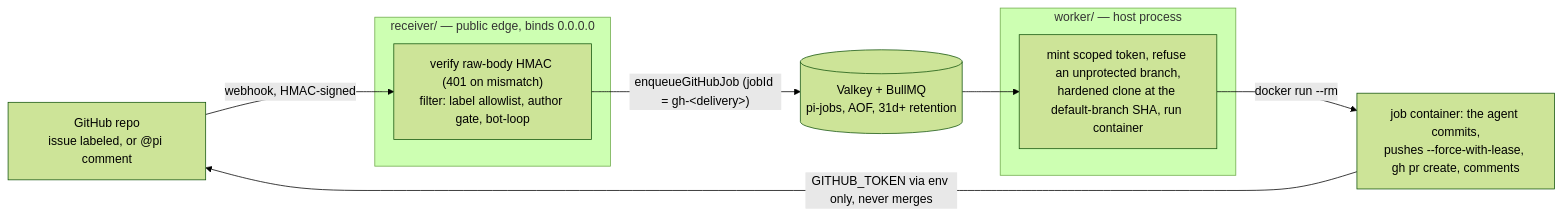
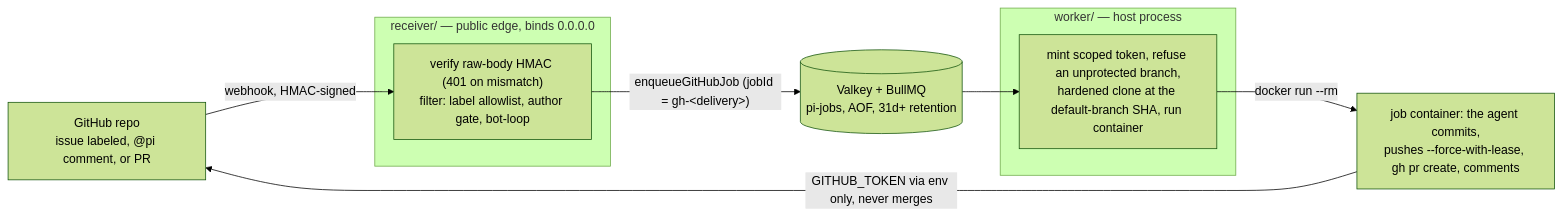
Before and after one commit to birhantprkc/pi-dispatch: the second of 3 diagrams in README.md, drawn with Mermaid (forest theme). The commit also changed other lines of this file and 2 other files, not shown here.

````diff
--- a/README.md
+++ b/README.md
@@ -255,14 +271,14 @@
 ```mermaid
 flowchart LR
-  GH["GitHub repo<br/>issue labeled, or @pi comment"] -->|"webhook, HMAC-signed"| R
+  GH["GitHub repo<br/>issue labeled, @pi comment, or PR"] -->|"webhook, HMAC-signed"| R
   subgraph EDGE["receiver/ — public edge, binds 0.0.0.0"]
     R["verify raw-body HMAC (401 on mismatch)<br/>filter: label allowlist, author gate, bot-loop"]
   end
   R -->|"enqueueGitHubJob (jobId = gh-&lt;delivery&gt;)"| Q[("Valkey + BullMQ<br/>pi-jobs, AOF, 31d+ retention")]
   subgraph HOST["worker/ — host process"]
     W["mint scoped token, refuse an unprotected branch,<br/>hardened clone at the default-branch SHA, run container"]
   end
   Q --> W
   W -->|"docker run --rm"| C["job container: the agent commits,<br/>pushes --force-with-lease, gh pr create, comments"]
   C -->|"GITHUB_TOKEN via env only, never merges"| GH
 ```
````
